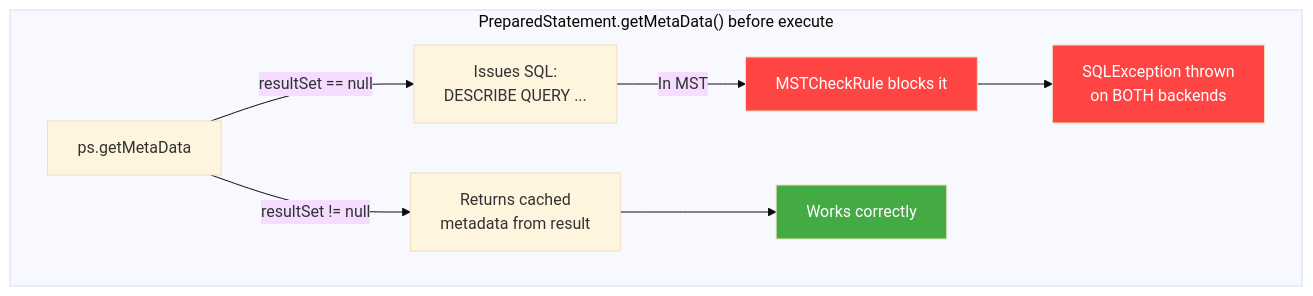
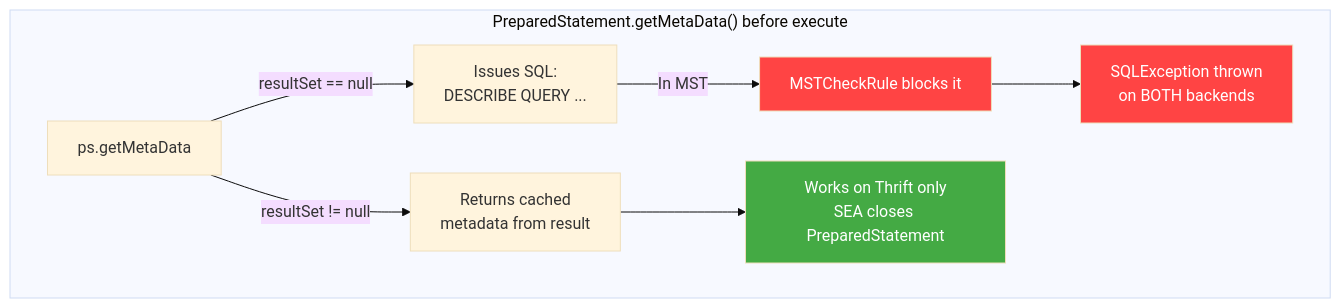
Before and after one commit to databricks/databricks-jdbc: the third of 10 diagrams in docs/mst-test-design.md, drawn with Mermaid (base theme). The commit also changed other lines of this file, not shown here.

````diff
--- a/docs/mst-test-design.md
+++ b/docs/mst-test-design.md
@@ -48,15 +48,15 @@
 ```mermaid
 flowchart TD
     subgraph "PreparedStatement.getMetaData() before execute"
         PSMETA[ps.getMetaData]
         PSMETA -->|resultSet == null| DESCRIBE["Issues SQL:<br/>DESCRIBE QUERY ..."]
         PSMETA -->|resultSet != null| CACHED["Returns cached<br/>metadata from result"]
         DESCRIBE -->|"In MST"| BLOCKED2["MSTCheckRule blocks it"]
         BLOCKED2 --> EXCEPTION2[SQLException thrown<br/>on BOTH backends]
-        CACHED --> OK2[Works correctly]
+        CACHED --> OK2[Works on Thrift only<br/>SEA closes PreparedStatement]
     end
 
     style BLOCKED2 fill:#f44,color:#fff
     style EXCEPTION2 fill:#f44,color:#fff
     style OK2 fill:#4a4,color:#fff
 ```
````
